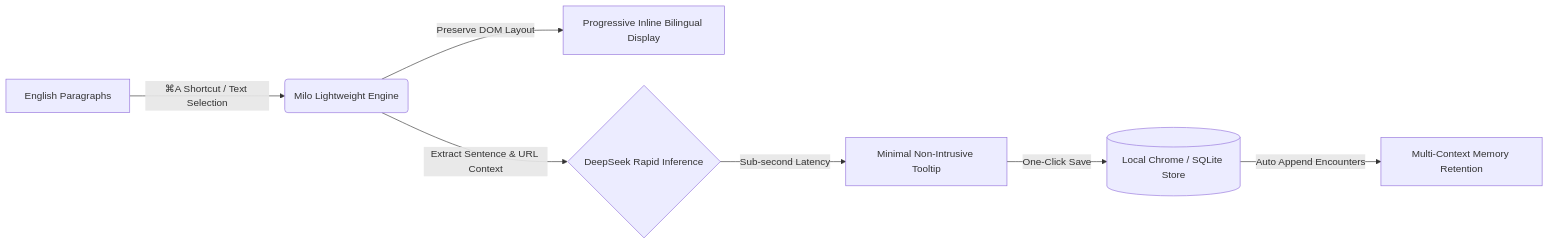
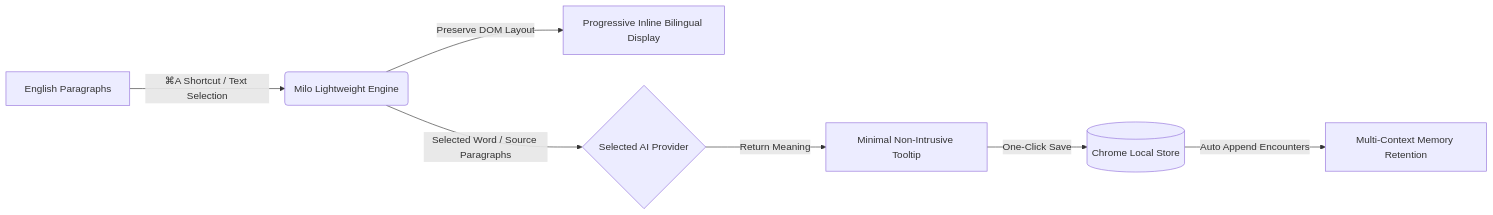
The diagram in README.en.md (libuyi543-lang/milo-browser-extension), drawn with Mermaid before and after one commit. The commit also changed other lines of this file and 33 other files, not shown here.

Commit message:
feat: add DeepSeek GLM MiMo and MiniMax API settings

````diff
--- a/README.en.md
+++ b/README.en.md
@@ -29,9 +31,9 @@
 ```mermaid
 flowchart LR
     A[English Paragraphs] -->|⌘A Shortcut / Text Selection| B(Milo Lightweight Engine)
     B -->|Preserve DOM Layout| C[Progressive Inline Bilingual Display]
-    B -->|Extract Sentence & URL Context| D{DeepSeek Rapid Inference}
-    D -->|Sub-second Latency| E[Minimal Non-Intrusive Tooltip]
-    E -->|One-Click Save| F[(Local Chrome / SQLite Store)]
+    B -->|Selected Word / Source Paragraphs| D{Selected AI Provider}
+    D -->|Return Meaning| E[Minimal Non-Intrusive Tooltip]
+    E -->|One-Click Save| F[(Chrome Local Store)]
     F -->|Auto Append Encounters| G[Multi-Context Memory Retention]
 ```
````
